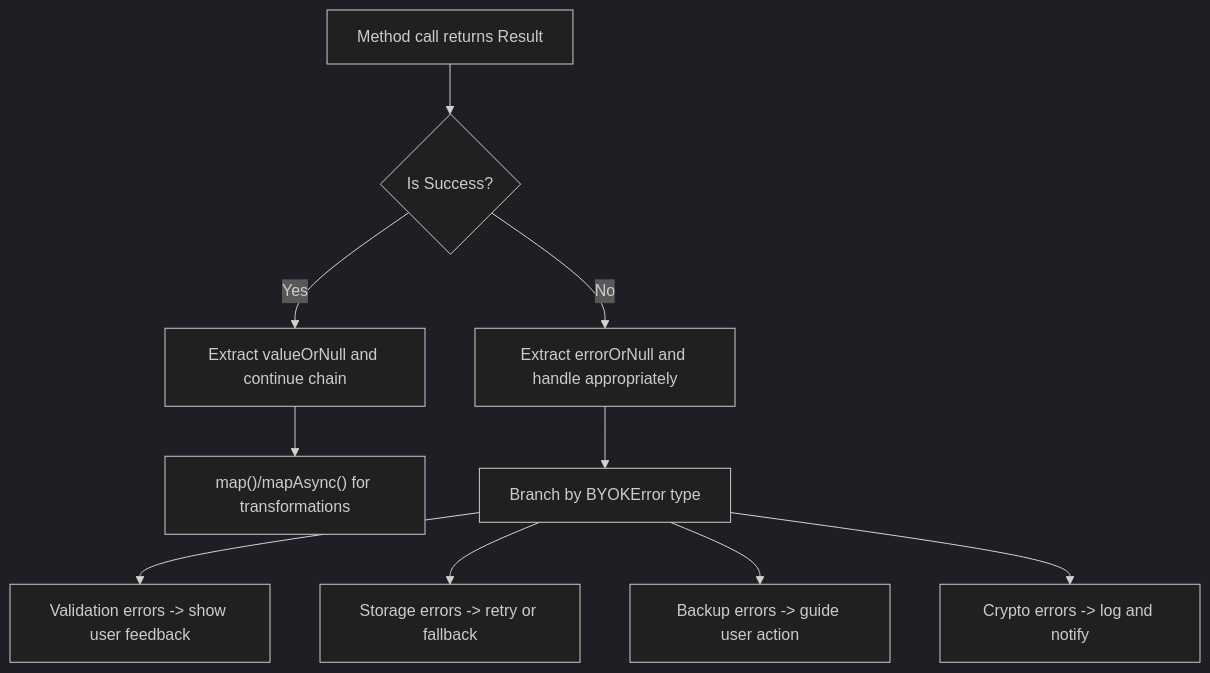
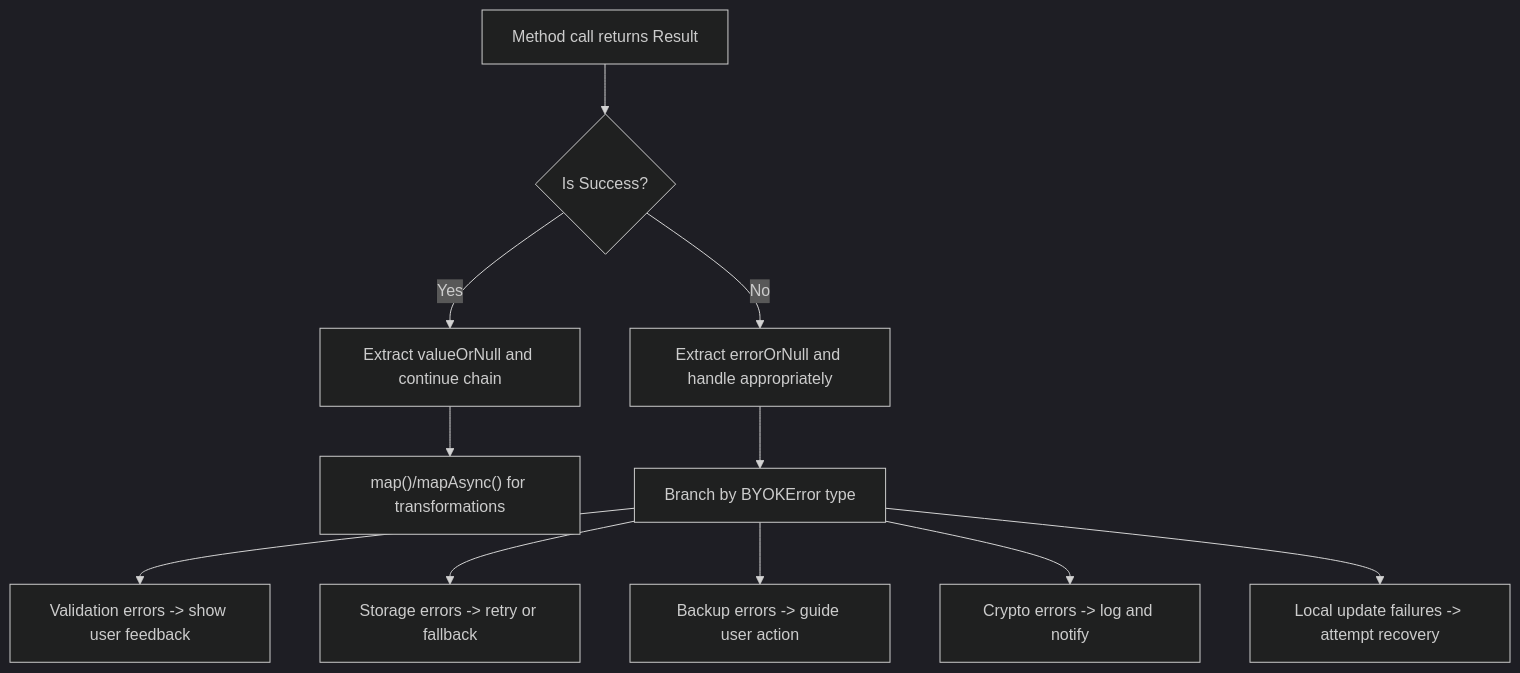
Before and after one commit to JAaron93/StyleSync: the seventh of 8 diagrams in .qoder/repowiki/en/content/Core Services/BYOK Manager/Error Handling Patterns.md, drawn with Mermaid (dark theme). The commit also changed other lines of this file and 36 other files, not shown here.

````diff
--- a/.qoder/repowiki/en/content/Core Services/BYOK Manager/Error Handling Patterns.md
+++ b/.qoder/repowiki/en/content/Core Services/BYOK Manager/Error Handling Patterns.md
@@ -275,12 +310,13 @@
 ```mermaid
 flowchart TD
 A["Method call returns Result<T>"] --> B{"Is Success?"}
 B --> |Yes| C["Extract valueOrNull and continue chain"]
 B --> |No| D["Extract errorOrNull and handle appropriately"]
 C --> E["map()/mapAsync() for transformations"]
 D --> F["Branch by BYOKError type"]
 F --> G["Validation errors -> show user feedback"]
 F --> H["Storage errors -> retry or fallback"]
 F --> I["Backup errors -> guide user action"]
 F --> J["Crypto errors -> log and notify"]
+F --> K["Local update failures -> attempt recovery"]
 ```
````
